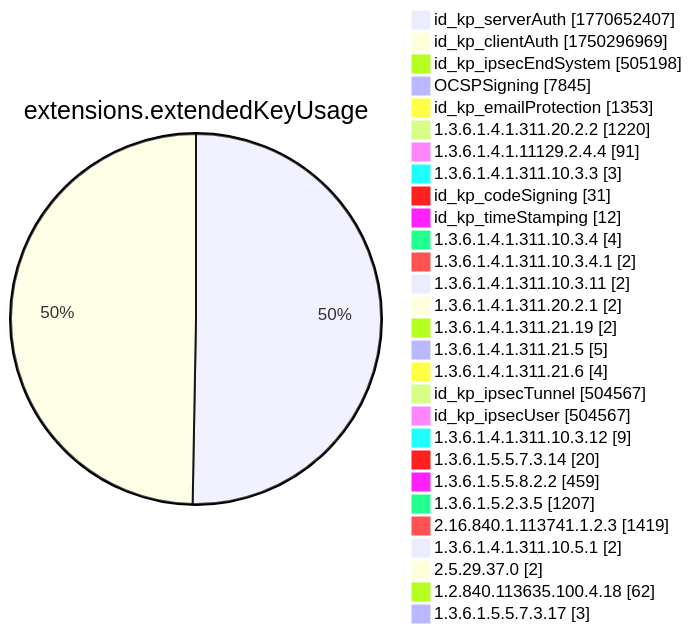
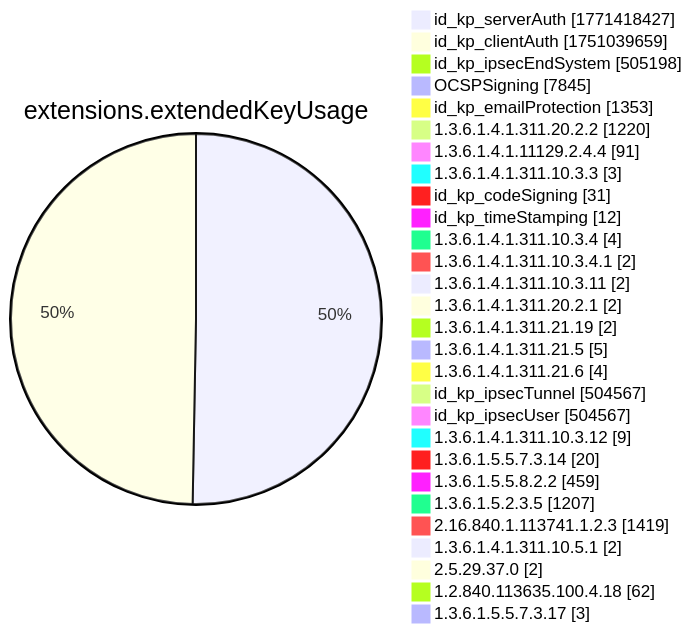
One commit to christiankrug/ctmonitor_visualization changed diagram 12 of 15 in xenon2022/README.md. Above: the diagram before and after it, drawn with Mermaid. The commit also changed other lines of this file, not shown here.

````diff
--- a/xenon2022/README.md
+++ b/xenon2022/README.md
@@ -3893,32 +3893,32 @@
 ```mermaid
 pie showData
 title extensions.extendedKeyUsage
-"id_kp_serverAuth" :1770652407
-"id_kp_clientAuth" :1750296969
+"id_kp_serverAuth" :1771418427
+"id_kp_clientAuth" :1751039659
 "id_kp_ipsecEndSystem" :505198
 "OCSPSigning" :7845
 "id_kp_emailProtection" :1353
 "1.3.6.1.4.1.311.20.2.2" :1220
 "1.3.6.1.4.1.11129.2.4.4" :91
 "1.3.6.1.4.1.311.10.3.3" :3
 "id_kp_codeSigning" :31
 "id_kp_timeStamping" :12
 "1.3.6.1.4.1.311.10.3.4" :4
 "1.3.6.1.4.1.311.10.3.4.1" :2
 "1.3.6.1.4.1.311.10.3.11" :2
 "1.3.6.1.4.1.311.20.2.1" :2
 "1.3.6.1.4.1.311.21.19" :2
 "1.3.6.1.4.1.311.21.5" :5
 "1.3.6.1.4.1.311.21.6" :4
 "id_kp_ipsecTunnel" :504567
 "id_kp_ipsecUser" :504567
 "1.3.6.1.4.1.311.10.3.12" :9
 "1.3.6.1.5.5.7.3.14" :20
 "1.3.6.1.5.5.8.2.2" :459
 "1.3.6.1.5.2.3.5" :1207
 "2.16.840.1.113741.1.2.3" :1419
 "1.3.6.1.4.1.311.10.5.1" :2
 "2.5.29.37.0" :2
 "1.2.840.113635.100.4.18" :62
 "1.3.6.1.5.5.7.3.17" :3
 ```
````
